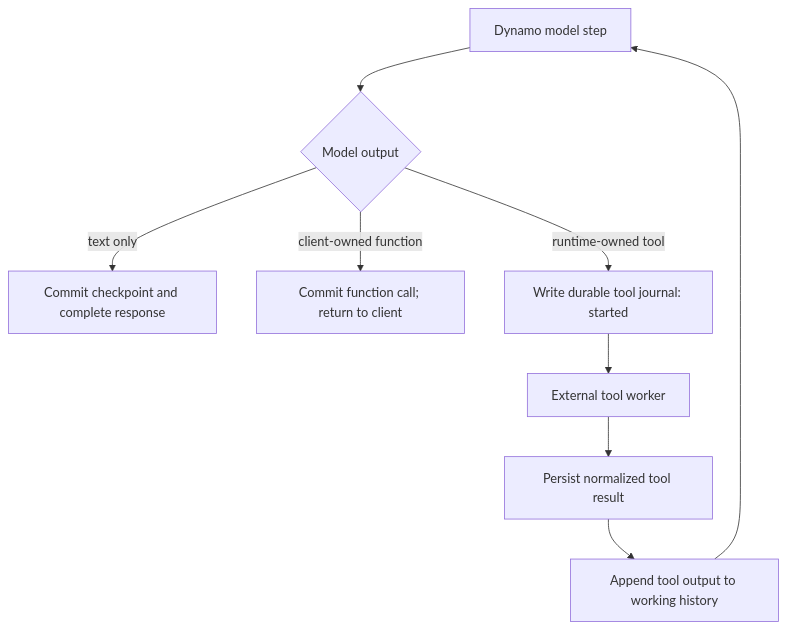
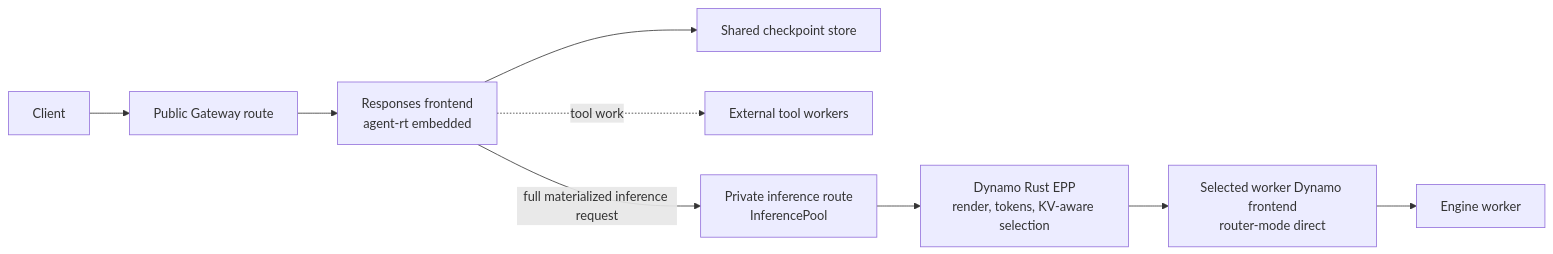
Before and after one commit to ai-dynamo/dynamo: the second of 3 diagrams in docs/design/stateful-agent-runtime.md, drawn with Mermaid. The commit also changed other lines of this file, not shown here.

Commit message:
docs: define agent runtime deployment paths

````diff
--- a/docs/design/stateful-agent-runtime.md
+++ b/docs/design/stateful-agent-runtime.md
@@ -139,11 +146,11 @@
 ```mermaid
-flowchart TD
-  M["Dynamo model step"] --> O{"Model output"}
-  O -->|"text only"| C["Commit checkpoint and complete response"]
-  O -->|"client-owned function"| P["Commit function call; return to client"]
-  O -->|"runtime-owned tool"| J["Write durable tool journal: started"]
-  J --> X["External tool worker"]
-  X --> R["Persist normalized tool result"]
-  R --> N["Append tool output to working history"]
-  N --> M
+flowchart LR
+  C["Client"] --> G1["Public Gateway route"]
+  G1 --> F["Responses frontend\nagent-rt embedded"]
+  F --> S["Shared checkpoint store"]
+  F -. "tool work" .-> T["External tool workers"]
+  F -->|"full materialized inference request"| G2["Private inference route\nInferencePool"]
+  G2 --> E["Dynamo Rust EPP\nrender, tokens, KV-aware selection"]
+  E --> DF["Selected worker Dynamo frontend\nrouter-mode direct"]
+  DF --> W["Engine worker"]
 ```
````
